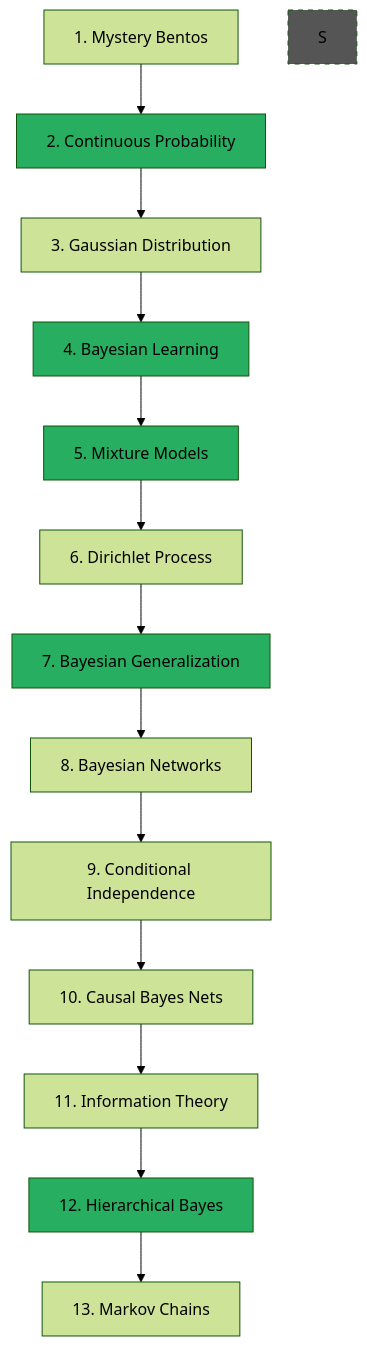
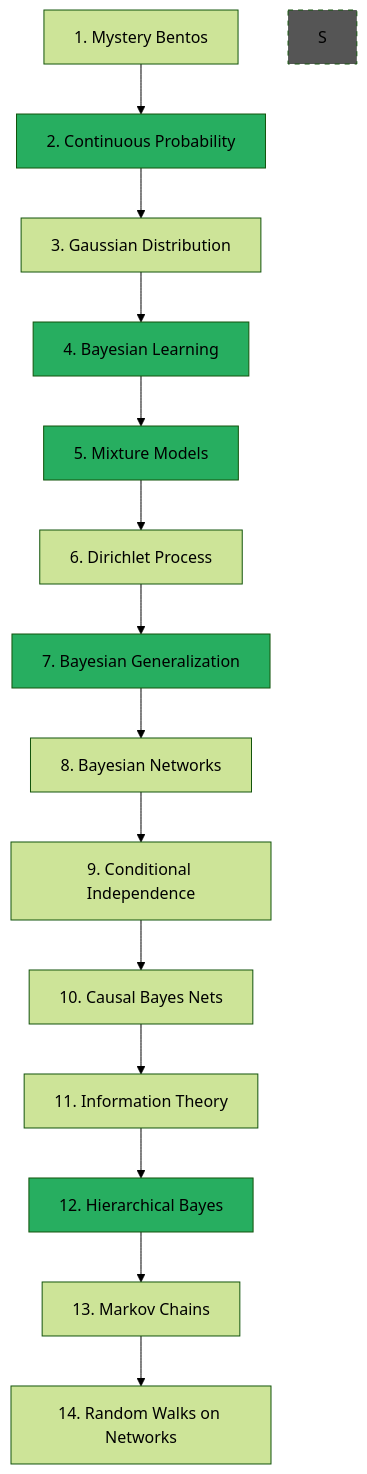
The diagram in content/intro2/_index.md (josephausterweil/probintro), drawn with Mermaid (forest theme) before and after one commit. The commit also changed other lines of this file and 2 other files, not shown here.

First line of the commit message:
T3 Ch 14: Random Walks on Networks

````diff
--- a/content/intro2/_index.md
+++ b/content/intro2/_index.md
@@ -34,24 +34,25 @@
 ```mermaid
 graph TB
     A[1. Mystery Bentos] --> B[2. Continuous Probability]
     B --> C[3. Gaussian Distribution]
     C --> D[4. Bayesian Learning]
     D --> E[5. Mixture Models]
     E --> F[6. Dirichlet Process]
     F --> G[7. Bayesian Generalization]
     G --> H[8. Bayesian Networks]
     H --> I[9. Conditional Independence]
     I --> J[10. Causal Bayes Nets]
     J --> K[11. Information Theory]
     K --> L[12. Hierarchical Bayes]
     L --> M[13. Markov Chains]
+    M --> N[14. Random Walks on Networks]
 
     style B fill:#27ae60
     style D fill:#27ae60
     style E fill:#27ae60
     style G fill:#27ae60
     style L fill:#27ae60
     style S fill:#555,stroke-dasharray: 5 5
 
     classDef foundational fill:#27ae60,stroke:#333,stroke-width:2px,color:#fff
 ```
````
